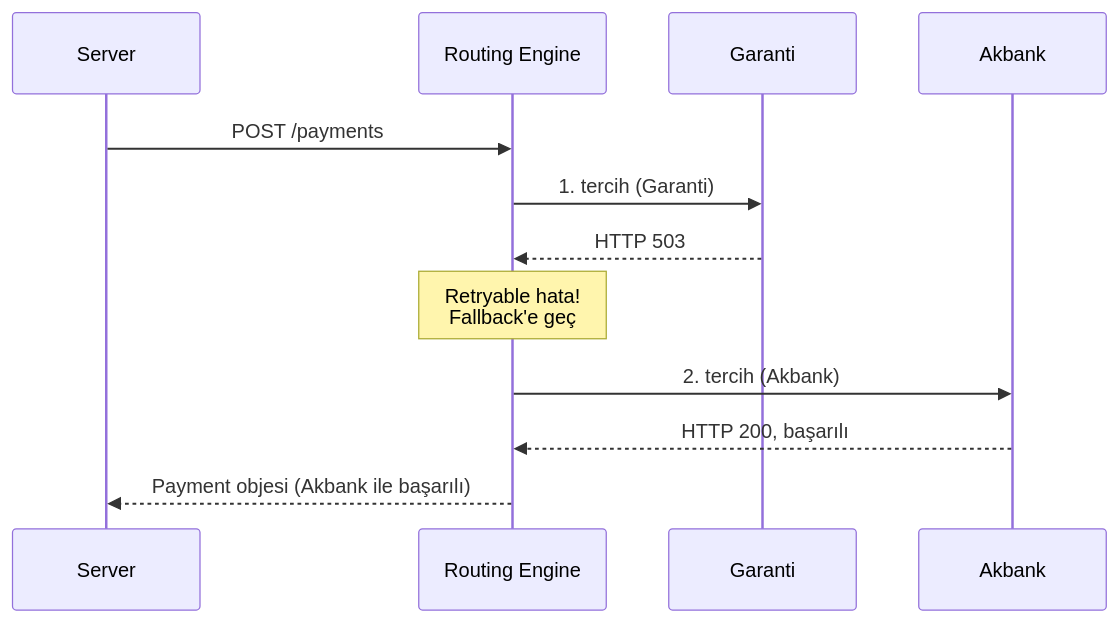
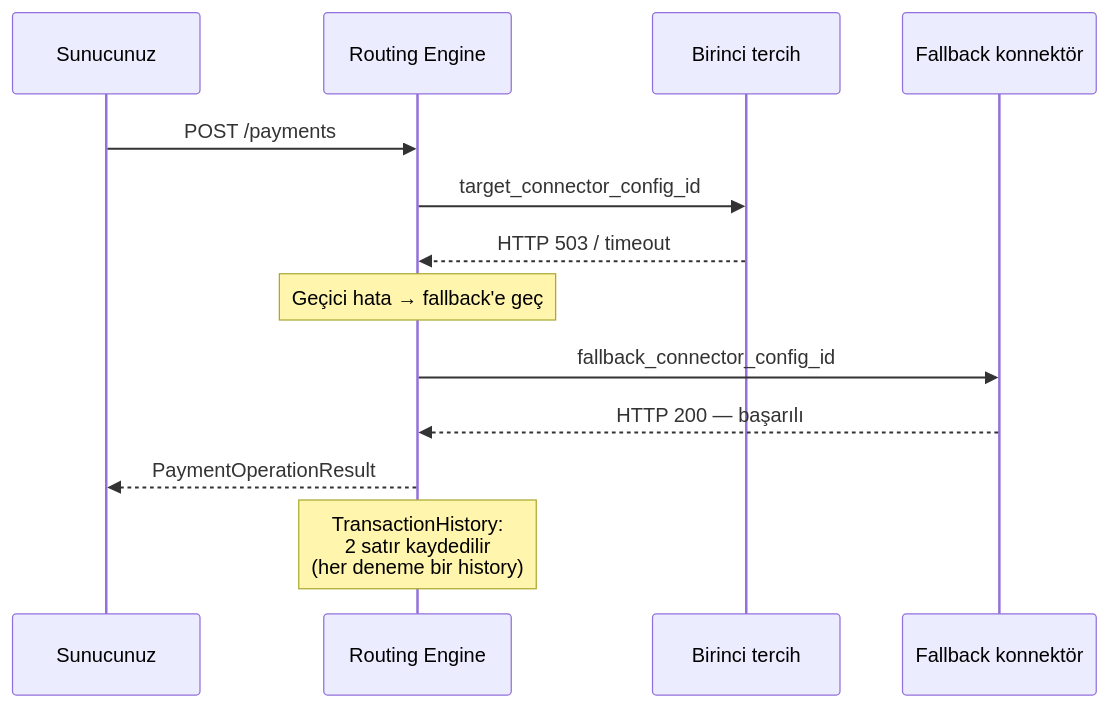
Before and after one commit to payment-pos/mintlify: the diagram in sanal-pos/routing/smart-retry.mdx, drawn with Mermaid. The commit also changed other lines of this file and 4 other files, not shown here.

````diff
--- a/sanal-pos/routing/smart-retry.mdx
+++ b/sanal-pos/routing/smart-retry.mdx
@@ -23,15 +24,16 @@
 ```mermaid
 sequenceDiagram
-    participant Server
+    participant App as Sunucunuz
     participant Engine as Routing Engine
-    participant Bank1 as Garanti
-    participant Bank2 as Akbank
+    participant Bank1 as Birinci tercih
+    participant Bank2 as Fallback konnektör
 
-    Server->>Engine: POST /payments
-    Engine->>Bank1: 1. tercih (Garanti)
-    Bank1-->>Engine: HTTP 503
-    Note over Engine: Retryable hata!<br/>Fallback'e geç
-    Engine->>Bank2: 2. tercih (Akbank)
-    Bank2-->>Engine: HTTP 200, başarılı
-    Engine-->>Server: Payment objesi (Akbank ile başarılı)
+    App->>Engine: POST /payments
+    Engine->>Bank1: target_connector_config_id
+    Bank1-->>Engine: HTTP 503 / timeout
+    Note over Engine: Geçici hata → fallback'e geç
+    Engine->>Bank2: fallback_connector_config_id
+    Bank2-->>Engine: HTTP 200 — başarılı
+    Engine-->>App: PaymentOperationResult
+    Note over Engine: TransactionHistory:<br/>2 satır kaydedilir<br/>(her deneme bir history)
 ```
````
